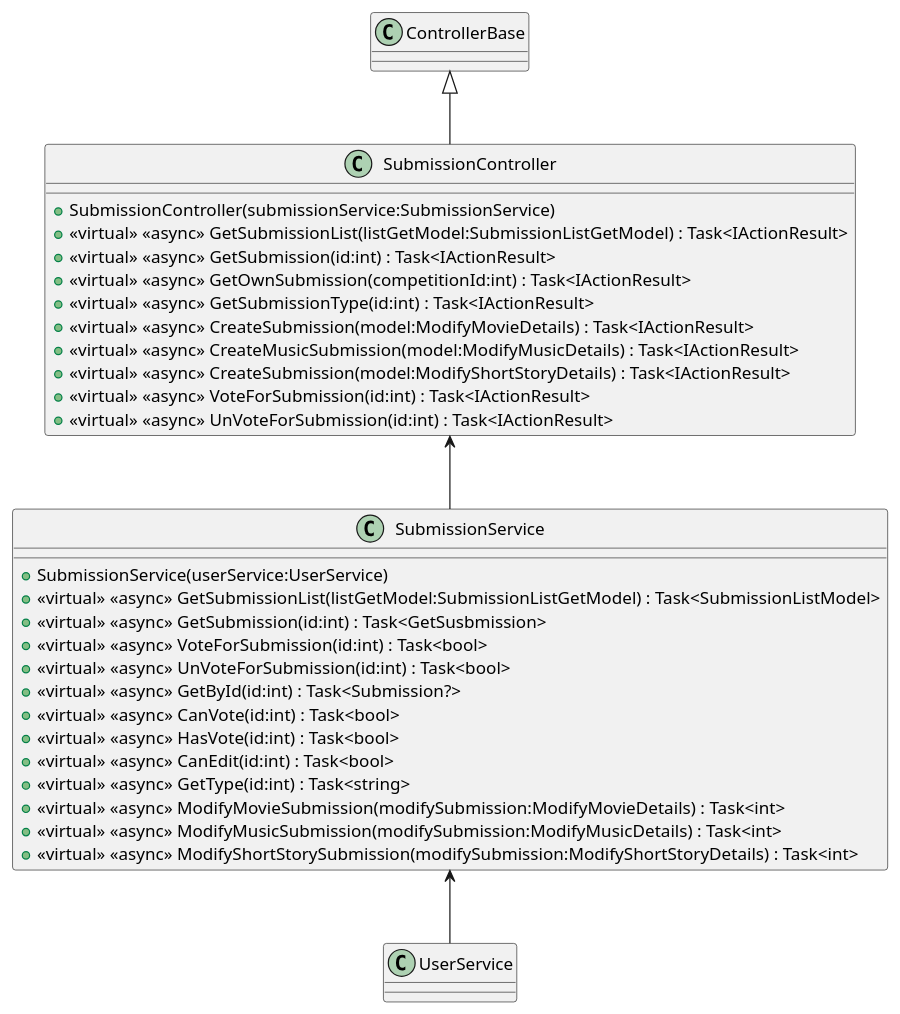
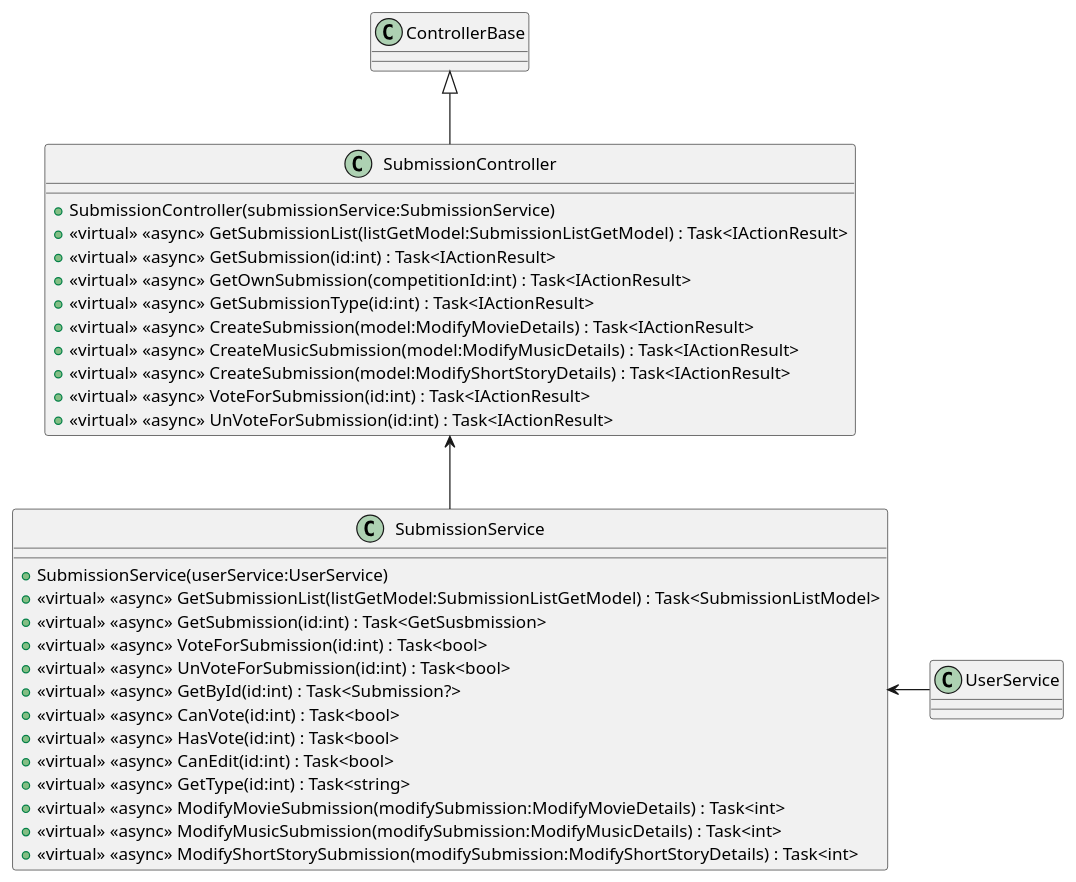
Before and after one commit to CserpakRobert/bsc_szakdolgozat: the diagram in Diagrams/Submission.puml, drawn with PlantUML. The commit also changed 32 other files, not shown here.

```diff
--- a/Diagrams/Submission.puml
+++ b/Diagrams/Submission.puml
@@ -1,32 +1,32 @@
 @startuml asd
 class SubmissionController {
     + SubmissionController(submissionService:SubmissionService)
     + <<virtual>> <<async>> GetSubmissionList(listGetModel:SubmissionListGetModel) : Task<IActionResult>
     + <<virtual>> <<async>> GetSubmission(id:int) : Task<IActionResult>
     + <<virtual>> <<async>> GetOwnSubmission(competitionId:int) : Task<IActionResult>
     + <<virtual>> <<async>> GetSubmissionType(id:int) : Task<IActionResult>
     + <<virtual>> <<async>> CreateSubmission(model:ModifyMovieDetails) : Task<IActionResult>
     + <<virtual>> <<async>> CreateMusicSubmission(model:ModifyMusicDetails) : Task<IActionResult>
     + <<virtual>> <<async>> CreateSubmission(model:ModifyShortStoryDetails) : Task<IActionResult>
     + <<virtual>> <<async>> VoteForSubmission(id:int) : Task<IActionResult>
     + <<virtual>> <<async>> UnVoteForSubmission(id:int) : Task<IActionResult>
 }
 class SubmissionService {
     + SubmissionService(userService:UserService)
     + <<virtual>> <<async>> GetSubmissionList(listGetModel:SubmissionListGetModel) : Task<SubmissionListModel>
     + <<virtual>> <<async>> GetSubmission(id:int) : Task<GetSusbmission>
     + <<virtual>> <<async>> VoteForSubmission(id:int) : Task<bool>
     + <<virtual>> <<async>> UnVoteForSubmission(id:int) : Task<bool>
     + <<virtual>> <<async>> GetById(id:int) : Task<Submission?>
     + <<virtual>> <<async>> CanVote(id:int) : Task<bool>
     + <<virtual>> <<async>> HasVote(id:int) : Task<bool>
     + <<virtual>> <<async>> CanEdit(id:int) : Task<bool>
     + <<virtual>> <<async>> GetType(id:int) : Task<string>
     + <<virtual>> <<async>> ModifyMovieSubmission(modifySubmission:ModifyMovieDetails) : Task<int>
     + <<virtual>> <<async>> ModifyMusicSubmission(modifySubmission:ModifyMusicDetails) : Task<int>
     + <<virtual>> <<async>> ModifyShortStorySubmission(modifySubmission:ModifyShortStoryDetails) : Task<int>
 }
 ControllerBase <|-- SubmissionController
 SubmissionController <-- SubmissionService
-SubmissionService <-- UserService
+SubmissionService <- UserService
 @enduml
```
